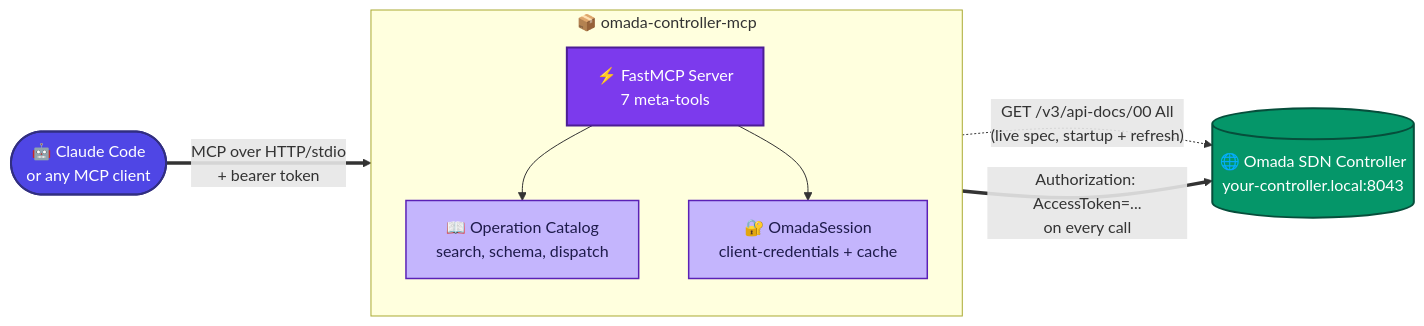
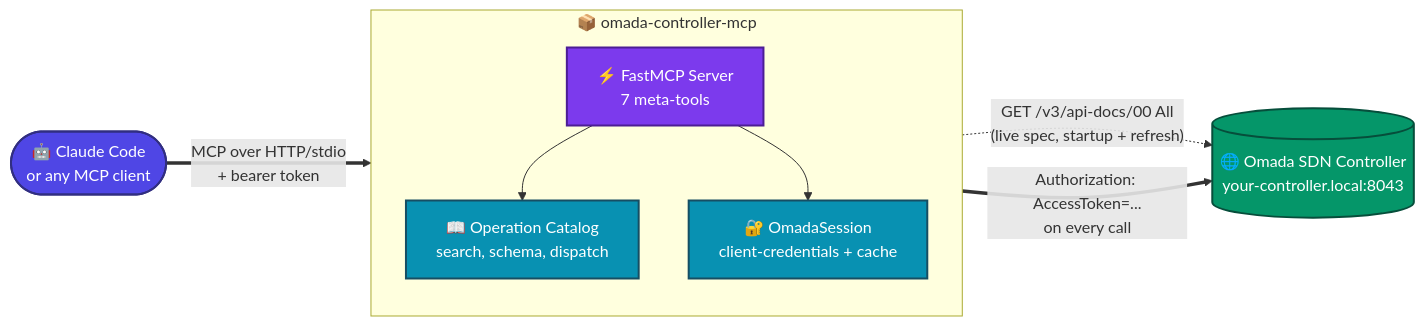
One commit to samhaque/omada-controller-mcp changed the first of 2 diagrams in README.md. Above: the diagram before and after it, drawn with Mermaid. The commit also changed other lines of this file and 2 other files, not shown here.

First line of the commit message:
Zero-trust hardening for the HTTP transport, and more vibrant diagram colors

````diff
--- a/README.md
+++ b/README.md
@@ -18,29 +18,29 @@
 ```mermaid
 flowchart LR
     Agent(["🤖 Claude Code<br/>or any MCP client"])
 
     subgraph MCP["📦 omada-controller-mcp"]
         direction TB
         Server["⚡ FastMCP Server<br/>7 meta-tools"]
         Catalog["📖 Operation Catalog<br/>search, schema, dispatch"]
         Auth["🔐 OmadaSession<br/>client-credentials + cache"]
         Server --> Catalog
         Server --> Auth
     end
 
     Controller[("🌐 Omada SDN Controller<br/>your-controller.local:8043")]
 
     Agent == "MCP over HTTP/stdio<br/>+ bearer token" ==> Server
     Catalog -. "GET /v3/api-docs/00 All<br/>(live spec, startup + refresh)" .-> Controller
     Auth == "Authorization: AccessToken=...<br/>on every call" ==> Controller
 
     classDef agent fill:#4f46e5,stroke:#312e81,color:#ffffff,stroke-width:2px
     classDef server fill:#7c3aed,stroke:#4c1d95,color:#ffffff,stroke-width:2px
-    classDef internal fill:#c4b5fd,stroke:#5b21b6,color:#1e1b4b,stroke-width:1.5px
+    classDef internal fill:#0891b2,stroke:#164e63,color:#ffffff,stroke-width:2px
     classDef controller fill:#059669,stroke:#064e3b,color:#ffffff,stroke-width:2px
 
     class Agent agent
     class Server server
     class Catalog,Auth internal
     class Controller controller
 ```
````
